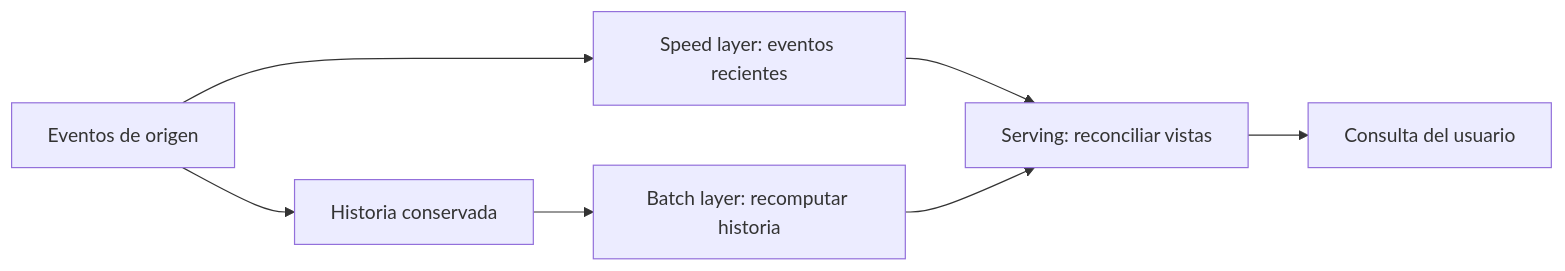
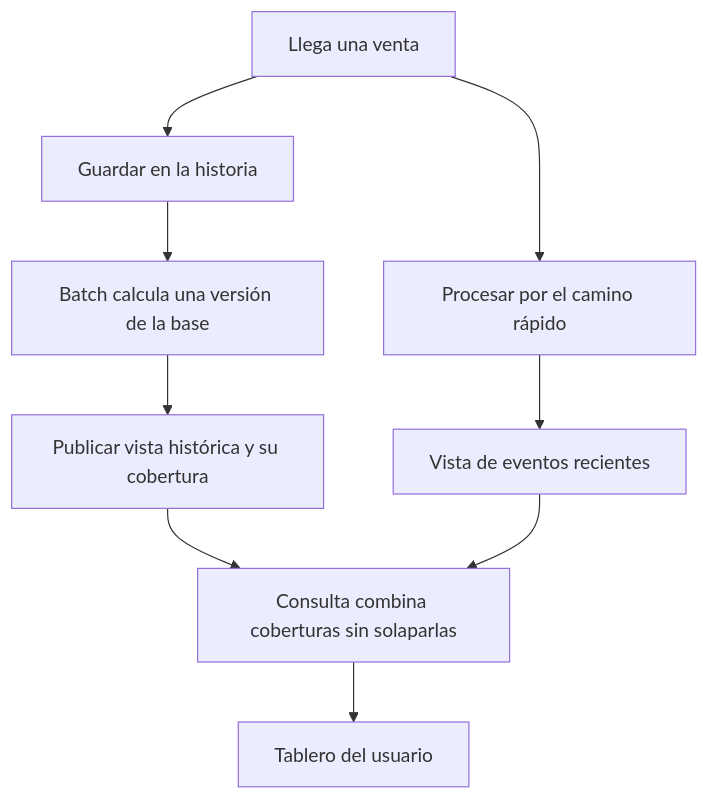
One commit to kalech7/notes changed the diagram in Obsidian/freelance/Data Engineering/Spark/10 Arquitectura Lambda.md. Above: the diagram before and after it, drawn with Mermaid. The commit also changed other lines of this file and 134 other files, not shown here.

````diff
--- a/Obsidian/freelance/Data Engineering/Spark/10 Arquitectura Lambda.md
+++ b/Obsidian/freelance/Data Engineering/Spark/10 Arquitectura Lambda.md
@@ -17,9 +65,11 @@
 ```mermaid
-flowchart LR
- A["Eventos de origen"] --> B["Historia conservada"]
- A --> C["Speed layer: eventos recientes"]
- B --> D["Batch layer: recomputar historia"]
- C --> E["Serving: reconciliar vistas"]
- D --> E
- E --> F["Consulta del usuario"]
+flowchart TD
+    A["Llega una venta"] --> B["Guardar en la historia"]
+    A --> C["Procesar por el camino rápido"]
+    B --> D["Batch calcula una versión de la base"]
+    D --> E["Publicar vista histórica y su cobertura"]
+    C --> F["Vista de eventos recientes"]
+    E --> G["Consulta combina coberturas sin solaparlas"]
+    F --> G
+    G --> H["Tablero del usuario"]
 ```
````
